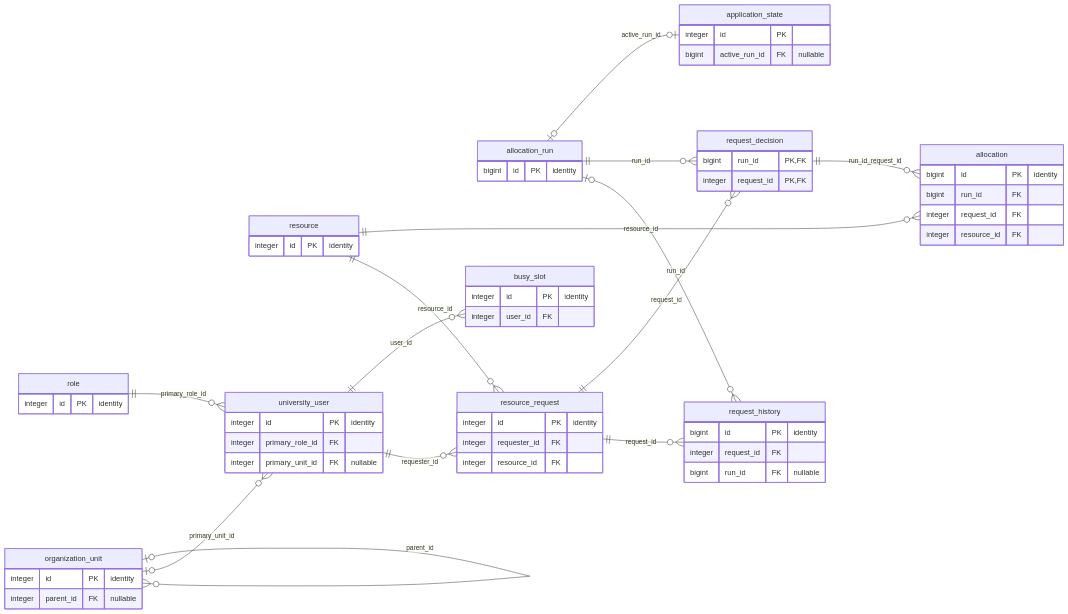
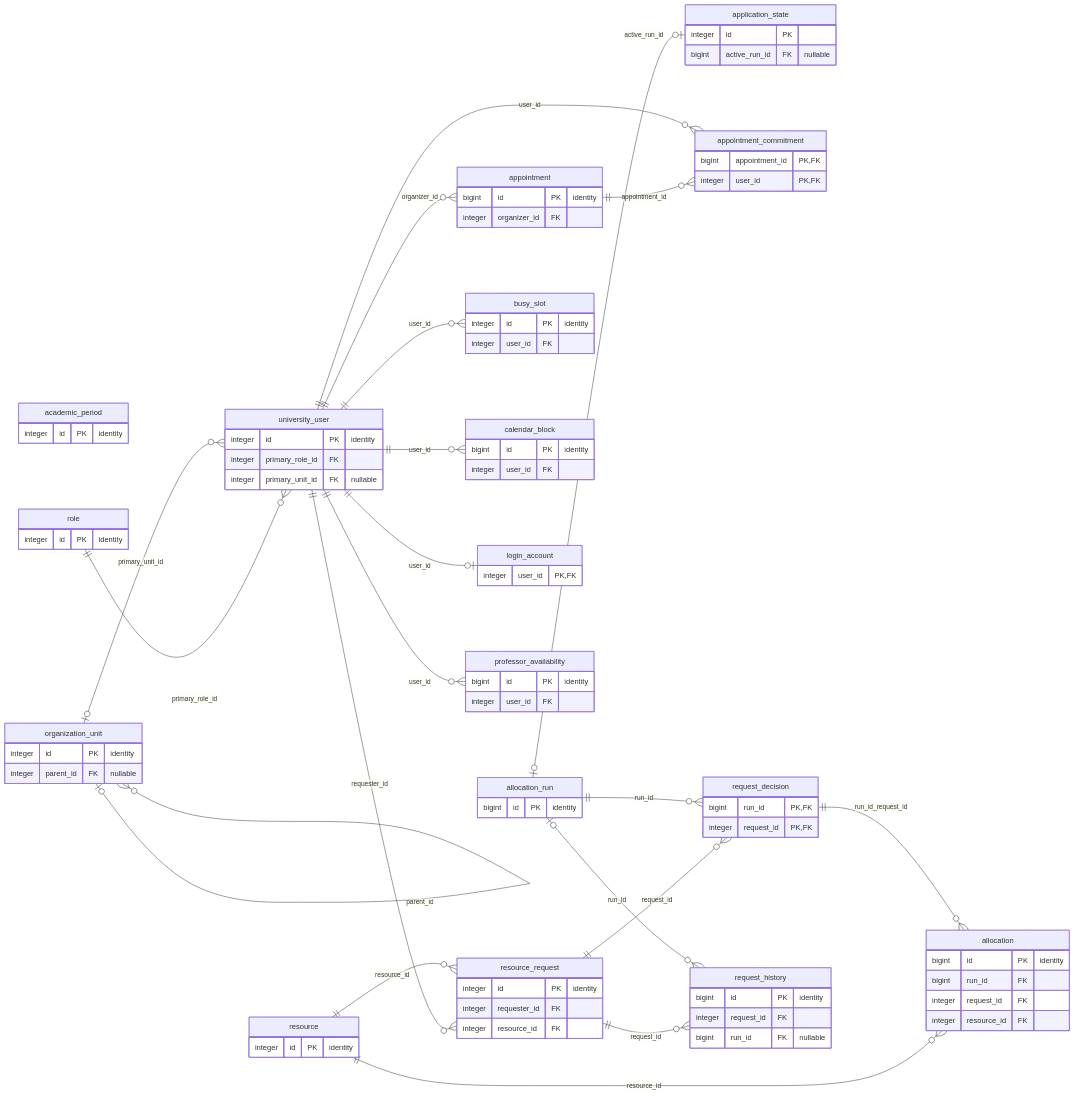
One commit to najib-attar/resource-allocation-system changed the diagram in docs/architecture/database-er-high-level.mmd. Above: the diagram before and after it, drawn with Mermaid. The commit also changed 10 other files, not shown here.

Commit message:
feat(appointments): add account and dated calendar schema

```diff
--- a/docs/architecture/database-er-high-level.mmd
+++ b/docs/architecture/database-er-high-level.mmd
@@ -1,62 +1,90 @@
 %% Generated by scripts/generate_database_diagrams.py; do not edit manually.
 erDiagram
     direction LR
+    academic_period {
+        integer id PK "identity"
+    }
     allocation {
         bigint id PK "identity"
         bigint run_id FK
         integer request_id FK
         integer resource_id FK
     }
     allocation_run {
         bigint id PK "identity"
     }
     application_state {
         integer id PK
         bigint active_run_id FK "nullable"
     }
+    appointment {
+        bigint id PK "identity"
+        integer organizer_id FK
+    }
+    appointment_commitment {
+        bigint appointment_id PK,FK
+        integer user_id PK,FK
+    }
     busy_slot {
         integer id PK "identity"
         integer user_id FK
     }
+    calendar_block {
+        bigint id PK "identity"
+        integer user_id FK
+    }
+    login_account {
+        integer user_id PK,FK
+    }
     organization_unit {
         integer id PK "identity"
         integer parent_id FK "nullable"
+    }
+    professor_availability {
+        bigint id PK "identity"
+        integer user_id FK
     }
     request_decision {
         bigint run_id PK,FK
         integer request_id PK,FK
     }
     request_history {
         bigint id PK "identity"
         integer request_id FK
         bigint run_id FK "nullable"
     }
     resource {
         integer id PK "identity"
     }
     resource_request {
         integer id PK "identity"
         integer requester_id FK
         integer resource_id FK
     }
     role {
         integer id PK "identity"
     }
     university_user {
         integer id PK "identity"
         integer primary_role_id FK
         integer primary_unit_id FK "nullable"
     }
     resource ||--o{ allocation : resource_id
     request_decision ||--o{ allocation : run_id_request_id
     allocation_run o|--o| application_state : active_run_id
+    university_user ||--o{ appointment : organizer_id
+    appointment ||--o{ appointment_commitment : appointment_id
+    university_user ||--o{ appointment_commitment : user_id
     university_user ||--o{ busy_slot : user_id
+    university_user ||--o{ calendar_block : user_id
+    university_user ||--o| login_account : user_id
     organization_unit o|--o{ organization_unit : parent_id
+    university_user ||--o{ professor_availability : user_id
     resource_request ||--o{ request_decision : request_id
     allocation_run ||--o{ request_decision : run_id
     resource_request ||--o{ request_history : request_id
     allocation_run o|--o{ request_history : run_id
     university_user ||--o{ resource_request : requester_id
     resource ||--o{ resource_request : resource_id
     role ||--o{ university_user : primary_role_id
     organization_unit o|--o{ university_user : primary_unit_id
```
